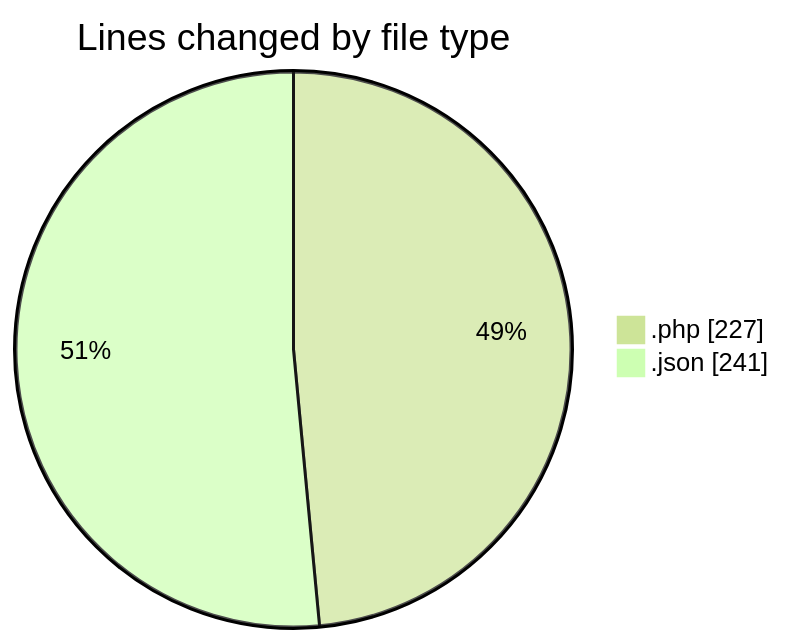
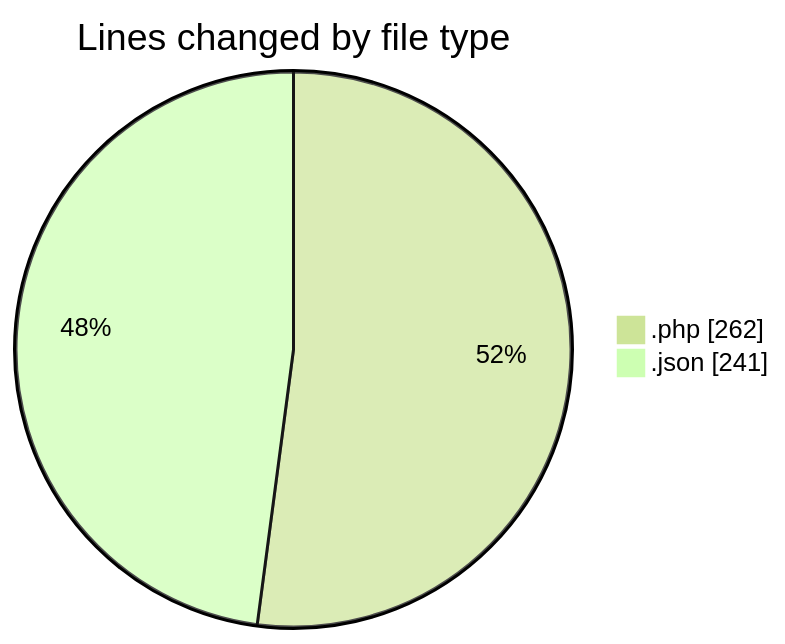
Before and after one commit to idhammustaqopulfikri/code-tracking: the first of 2 diagrams in 2025-03-29/autodidak/README.md, drawn with Mermaid (forest theme). The commit also changed other lines of this file and 1 other file, not shown here.

````diff
--- a/2025-03-29/autodidak/README.md
+++ b/2025-03-29/autodidak/README.md
@@ -26,6 +27,6 @@
 ```mermaid
 pie showData
 title Lines changed by file type
-".php" : 227
+".php" : 262
 ".json" : 241
 ```
````
